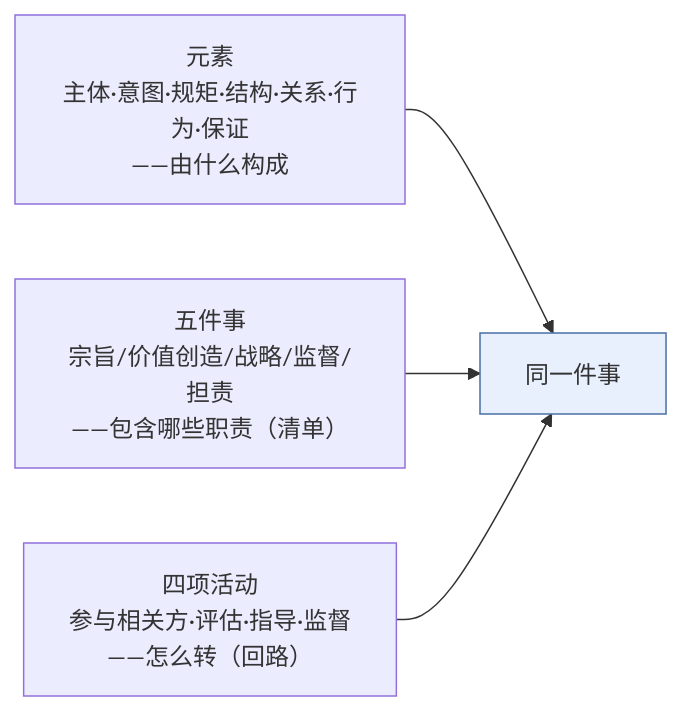
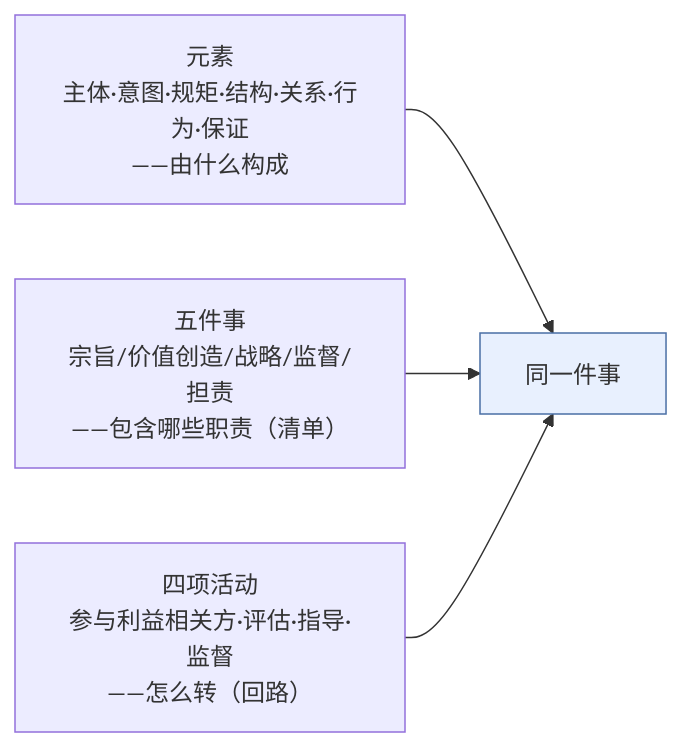
One commit to Yongjunzhou/AOS-system-design changed the fifth of 7 diagrams in 100-subprojects/01-系统工程研究/00-系统工程相关研究报告/28-治理概念研究报告-从ISO 37000定义到域治理实例.md. Above: the diagram before and after it, drawn with Mermaid. The commit also changed other lines of this file and 38 other files, not shown here.

````diff
--- a/100-subprojects/01-系统工程研究/00-系统工程相关研究报告/28-治理概念研究报告-从ISO 37000定义到域治理实例.md
+++ b/100-subprojects/01-系统工程研究/00-系统工程相关研究报告/28-治理概念研究报告-从ISO 37000定义到域治理实例.md
@@ -562,7 +569,7 @@
 ```mermaid
 graph LR
   E["元素<br/>主体·意图·规矩·结构·关系·行为·保证<br/>——由什么构成"] --> T["同一件事"]
   F["五件事<br/>宗旨/价值创造/战略/监督/担责<br/>——包含哪些职责（清单）"] --> T
-  A["四项活动<br/>参与相关方·评估·指导·监督<br/>——怎么转（回路）"] --> T
+  A["四项活动<br/>参与利益相关方·评估·指导·监督<br/>——怎么转（回路）"] --> T
   style T fill:#e8f0fe,stroke:#4a6fa5
 ```
````
